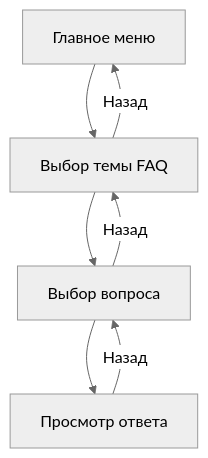
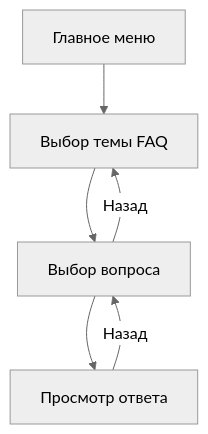
One commit to NicoNightL/TAQBot changed the second of 4 diagrams in README.md. Above: the diagram before and after it, drawn with Mermaid (neutral theme). The commit also changed other lines of this file, not shown here.

````diff
--- a/README.md
+++ b/README.md
@@ -42,9 +45,8 @@
 ```mermaid
 graph TD
     A[Главное меню] --> B[Выбор темы FAQ]
     B --> C[Выбор вопроса]
     C --> D[Просмотр ответа]
     D -->|Назад| C
     C -->|Назад| B
-    B -->|Назад| A
 ```
````
